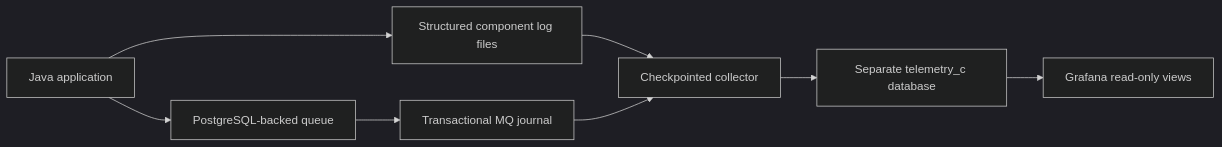
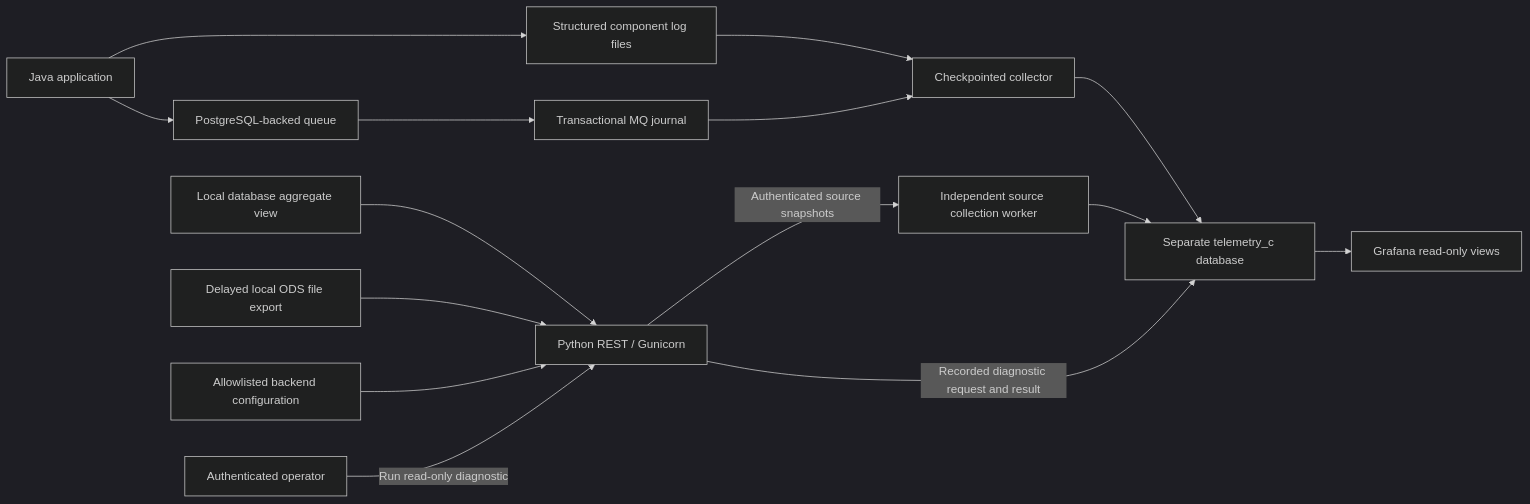
Before and after one commit to usharma123/CIT: the diagram in observability/approach-c/README.md, drawn with Mermaid (dark theme). The commit also changed other lines of this file and 46 other files, not shown here.

````diff
--- a/observability/approach-c/README.md
+++ b/observability/approach-c/README.md
@@ -16,10 +20,17 @@
 ```mermaid
 flowchart LR
   APP[Java application] --> LOG[Structured component log files]
   APP --> MQ[PostgreSQL-backed queue]
   MQ --> JOURNAL[Transactional MQ journal]
   LOG --> REPORTER[Checkpointed collector]
   JOURNAL --> REPORTER
   REPORTER --> STORE[Separate telemetry_c database]
   STORE --> GRAFANA[Grafana read-only views]
+  DB[Local database aggregate view] --> API[Python REST / Gunicorn]
+  ODS[Delayed local ODS file export] --> API
+  CONFIG[Allowlisted backend configuration] --> API
+  API -->|Authenticated source snapshots| SOURCES[Independent source collection worker]
+  SOURCES --> STORE
+  OPERATOR[Authenticated operator] -->|Run read-only diagnostic| API
+  API -->|Recorded diagnostic request and result| STORE
 ```
````
